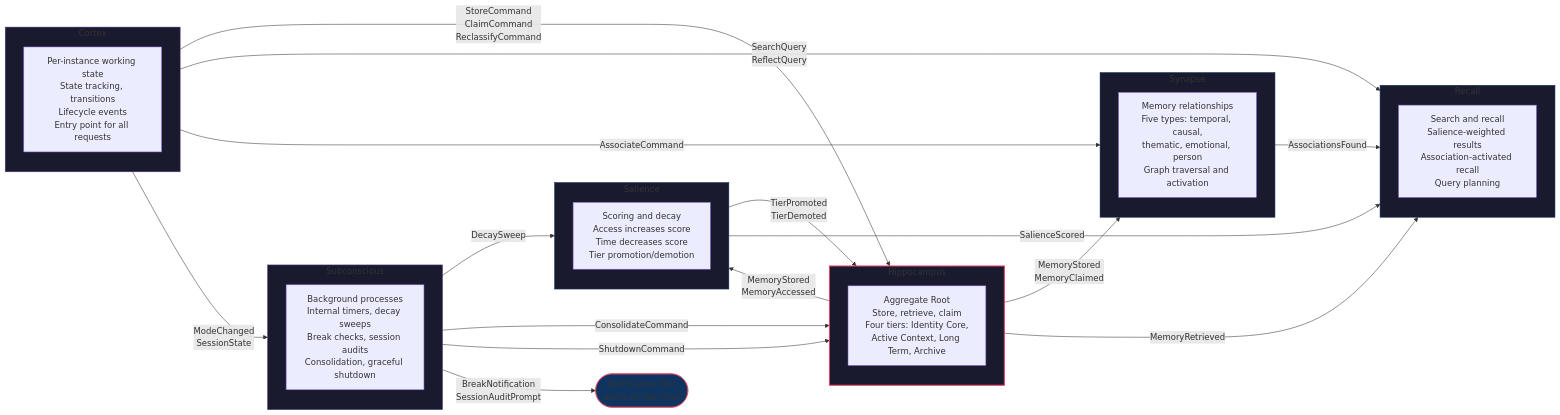
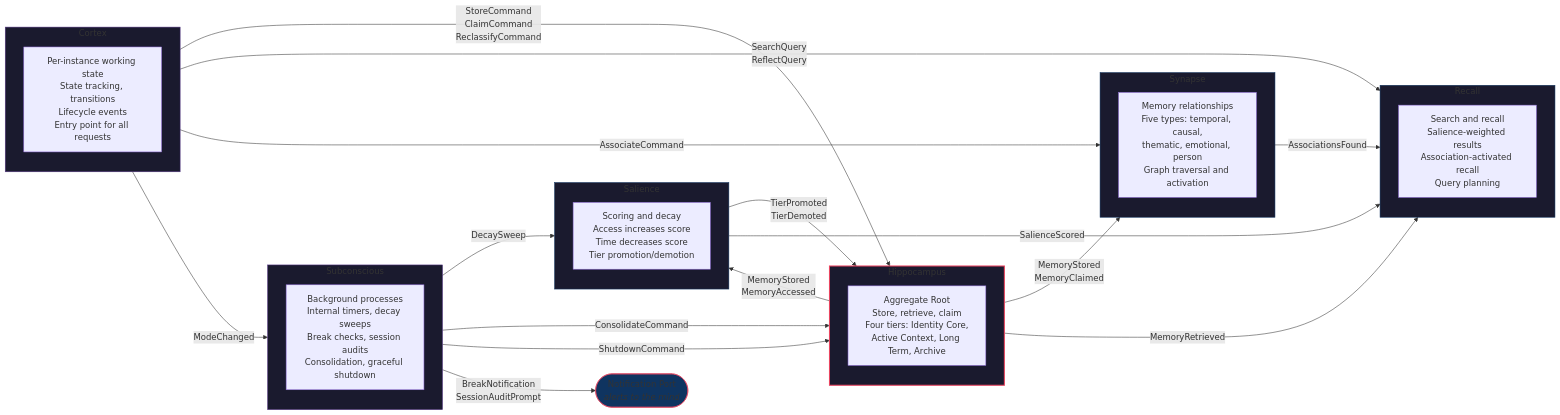
One commit to Mimis-Gildi/mcp-total-recall changed the diagram in site/_includes/diagrams/bc-0001-bounded-contexts.mmd. Above: the diagram before and after it, drawn with Mermaid. The commit also changed 42 other files, not shown here.

```diff
--- a/site/_includes/diagrams/bc-0001-bounded-contexts.mmd
+++ b/site/_includes/diagrams/bc-0001-bounded-contexts.mmd
@@ -1,49 +1,49 @@
 graph LR
     subgraph Hippocampus ["Hippocampus"]
         HP_DESC["Aggregate Root<br/>Store, retrieve, claim<br/>Four tiers: Identity Core,<br/>Active Context, Long Term, Archive"]
     end
 
     subgraph Synapse ["Synapse"]
         SY_DESC["Memory relationships<br/>Five types: temporal, causal,<br/>thematic, emotional, person<br/>Graph traversal and activation"]
     end
 
     subgraph Salience ["Salience"]
         SL_DESC["Scoring and decay<br/>Access increases score<br/>Time decreases score<br/>Tier promotion/demotion"]
     end
 
     subgraph Recall ["Recall"]
         RC_DESC["Search and recall<br/>Salience-weighted results<br/>Association-activated recall<br/>Query planning"]
     end
 
     subgraph Cortex ["Cortex"]
         CX_DESC["Per-instance working state<br/>State tracking, transitions<br/>Lifecycle events<br/>Entry point for all requests"]
     end
 
     subgraph Subconscious ["Subconscious"]
         SB_DESC["Background processes<br/>Internal timers, decay sweeps<br/>Break checks, session audits<br/>Consolidation, graceful shutdown"]
     end
 
     NP(["Notification Port<br/><i>alerts to the mind</i>"])
 
     Hippocampus -- "MemoryStored<br/>MemoryClaimed" --> Synapse
     Hippocampus -- "MemoryStored<br/>MemoryAccessed" --> Salience
     Salience -- "TierPromoted<br/>TierDemoted" --> Hippocampus
     Synapse -- "AssociationsFound" --> Recall
     Salience -- "SalienceScored" --> Recall
     Hippocampus -- "MemoryRetrieved" --> Recall
     Cortex -- "StoreCommand<br/>ClaimCommand<br/>ReclassifyCommand" --> Hippocampus
     Cortex -- "SearchQuery<br/>ReflectQuery" --> Recall
     Cortex -- "AssociateCommand" --> Synapse
-    Cortex -- "ModeChanged<br/>SessionState" --> Subconscious
+    Cortex -- "ModeChanged" --> Subconscious
     Subconscious -- "DecaySweep" --> Salience
     Subconscious -- "ConsolidateCommand" --> Hippocampus
     Subconscious -- "ShutdownCommand" --> Hippocampus
     Subconscious -- "BreakNotification<br/>SessionAuditPrompt" --> NP
 
     style Hippocampus fill:#1a1a2e,stroke:#e94560,stroke-width:2px
     style Synapse fill:#1a1a2e,stroke:#0f3460,stroke-width:1px
     style Salience fill:#1a1a2e,stroke:#0f3460,stroke-width:1px
     style Recall fill:#1a1a2e,stroke:#0f3460,stroke-width:1px
     style Cortex fill:#1a1a2e,stroke:#533483,stroke-width:1px
     style Subconscious fill:#1a1a2e,stroke:#533483,stroke-width:1px
     style NP fill:#0f3460,stroke:#e94560,stroke-width:1px
```
